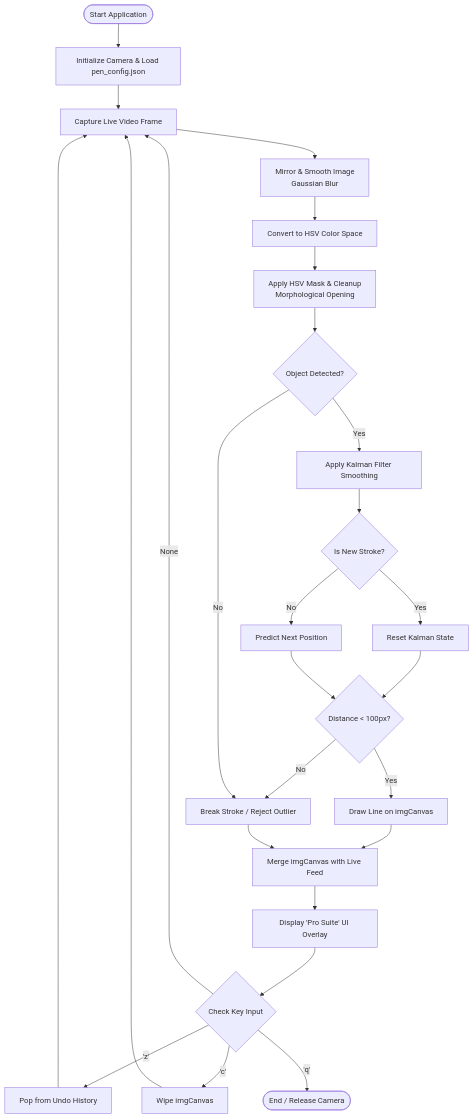
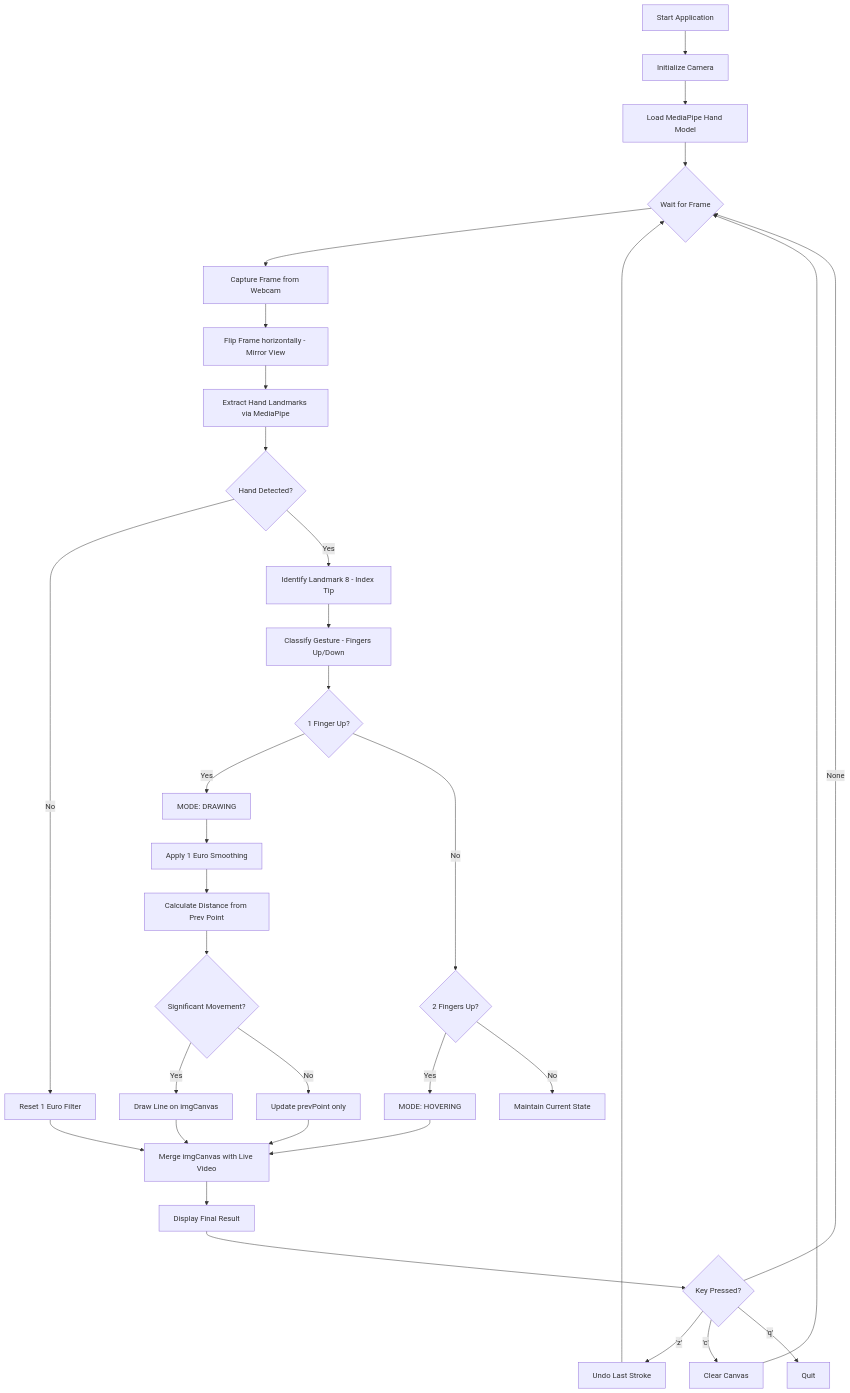
The diagram in synopsis.md (thisisjave/air-canvas), drawn with Mermaid before and after one commit. The commit also changed other lines of this file and 3 other files, not shown here.

Commit message:
feat: rebrand project to GestureDraw, migrate to MediaPipe hand-tracking, and update documentation

````diff
--- a/synopsis.md
+++ b/synopsis.md
@@ -46,32 +59,38 @@
 ```mermaid
 graph TD
-    A([Start Application]) --> B[Initialize Camera & Load pen_config.json]
-    B --> C[Capture Live Video Frame]
-    C --> D[Mirror & Smooth Image<br/>Gaussian Blur]
-    D --> E[Convert to HSV Color Space]
-    E --> F[Apply HSV Mask & Cleanup<br/>Morphological Opening]
-    F --> G{Object Detected?}
+    A[Start Application] --> B[Initialize Camera]
+    B --> C[Load MediaPipe Hand Model]
+    C --> D{Wait for Frame}
+    D --> E[Capture Frame from Webcam]
+    E --> F[Flip Frame horizontally - Mirror View]
+    F --> G[Extract Hand Landmarks via MediaPipe]
+    G --> H{Hand Detected?}
+    H -- No --> I[Reset 1 Euro Filter]
+    H -- Yes --> J[Identify Landmark 8 - Index Tip]
+    J --> K[Classify Gesture - Fingers Up/Down]
+    K --> L{1 Finger Up?}
+    L -- Yes --> M[MODE: DRAWING]
+    L -- No --> N{2 Fingers Up?}
+    N -- Yes --> O[MODE: HOVERING]
+    N -- No --> P[Maintain Current State]
     
-    G -- Yes --> H[Apply Kalman Filter Smoothing]
-    H --> I{Is New Stroke?}
+    M --> Q[Apply 1 Euro Smoothing]
+    Q --> R[Calculate Distance from Prev Point]
+    R --> S{Significant Movement?}
+    S -- Yes --> T[Draw Line on imgCanvas]
+    S -- No --> U[Update prevPoint only]
     
-    I -- Yes --> J[Reset Kalman State]
-    I -- No --> K[Predict Next Position]
+    T --> V[Merge imgCanvas with Live Video]
+    O --> V
+    U --> V
+    I --> V
     
-    J & K --> L{Distance < 100px?}
-    L -- Yes --> M[Draw Line on imgCanvas]
-    L -- No --> N[Break Stroke / Reject Outlier]
-    
-    G -- No --> N
-    
-    M & N --> O[Merge imgCanvas with Live Feed]
-    O --> P[Display 'Pro Suite' UI Overlay]
-    
-    P --> Q{Check Key Input}
-    Q -- 'z' --> R[Pop from Undo History]
-    Q -- 'c' --> S[Wipe imgCanvas]
-    Q -- 'q' --> T([End / Release Camera])
-    Q -- None --> C
-    
-    R & S --> C
+    V --> W[Display Final Result]
+    W --> X{Key Pressed?}
+    X -- 'z' --> Y[Undo Last Stroke]
+    X -- 'c' --> Z[Clear Canvas]
+    X -- 'q' --> AA[Quit]
+    X -- None --> D
+    Y --> D
+    Z --> D
 ```
````
